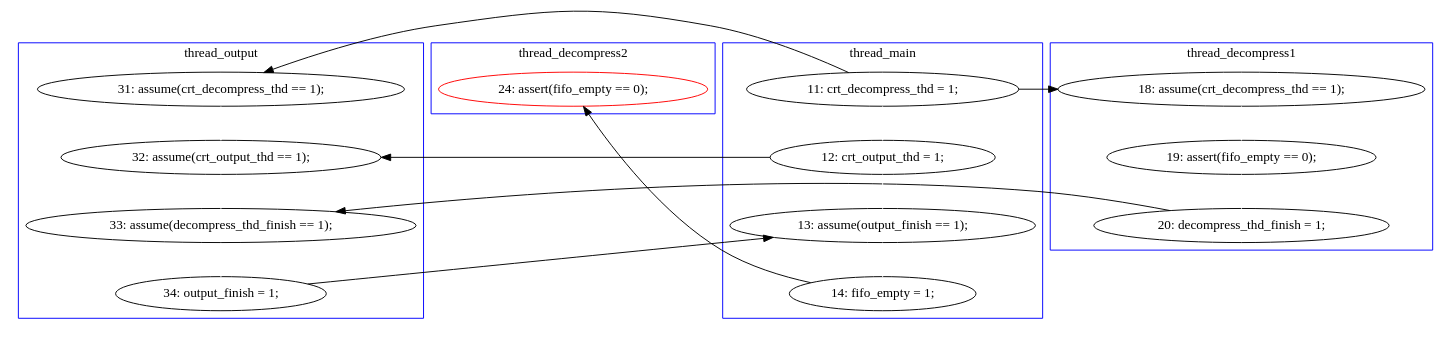
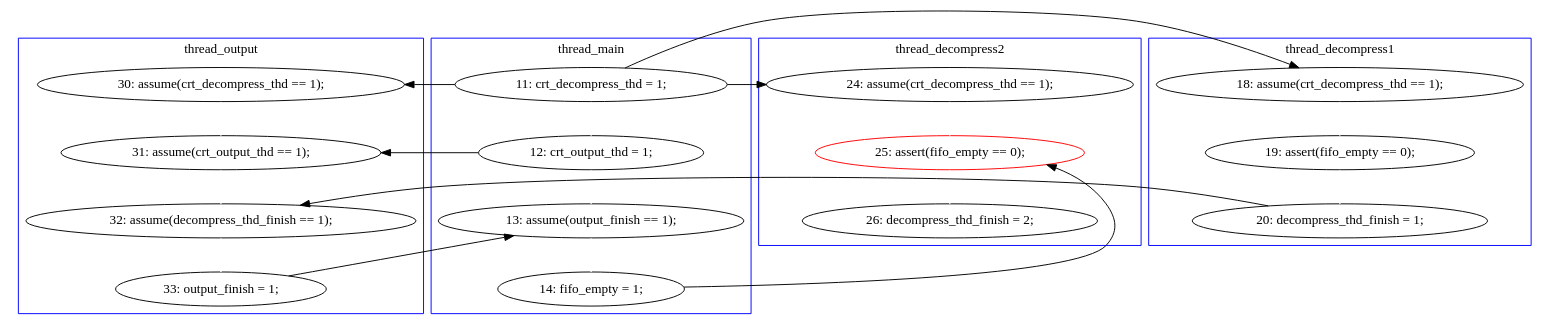
The diagram in pbzip2.mixed/B-1-graph-gen.dot (hylhp/cav14-model), drawn with Graphviz before and after one commit. The commit also changed 23 other files, not shown here.

```diff
--- a/pbzip2.mixed/B-1-graph-gen.dot
+++ b/pbzip2.mixed/B-1-graph-gen.dot
@@ -1,44 +1,49 @@
 digraph Counterexample {
-	12 -> 14 [color = white, style = solid]
-	20 -> 23 [color = black, style = solid, constraint = false]
-	25 -> 32 [color = black, style = solid, constraint = false]
+	25 -> 28 [color = white, style = solid]
+	20 -> 21 [color = black, style = solid, constraint = false]
+	11 -> 17 [color = white, style = solid]
+	12 -> 17 [color = black, style = solid, constraint = false]
+	17 -> 19 [color = white, style = solid]
 	19 -> 20 [color = white, style = solid]
-	16 -> 17 [color = white, style = solid]
-	15 -> 16 [color = white, style = solid]
+	9 -> 11 [color = black, style = solid, constraint = false]
+	16 -> 18 [color = white, style = solid]
+	14 -> 16 [color = white, style = solid]
+	9 -> 12 [color = white, style = solid]
+	21 -> 22 [color = white, style = solid]
+	9 -> 14 [color = black, style = solid, constraint = false]
 	23 -> 25 [color = white, style = solid]
-	17 -> 19 [color = black, style = solid, constraint = false]
-	10 -> 23 [color = white, style = solid]
-	9 -> 10 [color = white, style = solid]
-	14 -> 19 [color = white, style = solid]
-	9 -> 12 [color = black, style = solid, constraint = false]
-	10 -> 14 [color = black, style = solid, constraint = false]
-	9 -> 15 [color = black, style = solid, constraint = false]
+	9 -> 23 [color = black, style = solid, constraint = false]
+	12 -> 21 [color = white, style = solid]
+	22 -> 25 [color = black, style = solid, constraint = false]
+	18 -> 19 [color = black, style = solid, constraint = false]
+	subgraph cluster2 {
+		label = thread_decompress1
+		color = blue
+		18  [label = "20: decompress_thd_finish = 1;"]
+		14  [label = "18: assume(crt_decompress_thd == 1);"]
+		16  [label = "19: assert(fifo_empty == 0);"]
+	}
 	subgraph cluster3 {
 		label = thread_decompress2
 		color = blue
-		32  [label = "24: assert(fifo_empty == 0);", color = red]
+		23  [label = "24: assume(crt_decompress_thd == 1);"]
+		25  [label = "25: assert(fifo_empty == 0);", color = red]
+		28  [label = "26: decompress_thd_finish = 2;"]
+	}
+	subgraph cluster4 {
+		label = thread_output
+		color = blue
+		19  [label = "32: assume(decompress_thd_finish == 1);"]
+		17  [label = "31: assume(crt_output_thd == 1);"]
+		11  [label = "30: assume(crt_decompress_thd == 1);"]
+		20  [label = "33: output_finish = 1;"]
 	}
 	subgraph cluster1 {
 		label = thread_main
 		color = blue
-		23  [label = "13: assume(output_finish == 1);"]
+		21  [label = "13: assume(output_finish == 1);"]
+		22  [label = "14: fifo_empty = 1;"]
 		9  [label = "11: crt_decompress_thd = 1;"]
-		10  [label = "12: crt_output_thd = 1;"]
-		25  [label = "14: fifo_empty = 1;"]
-	}
-	subgraph cluster2 {
-		label = thread_decompress1
-		color = blue
-		15  [label = "18: assume(crt_decompress_thd == 1);"]
-		16  [label = "19: assert(fifo_empty == 0);"]
-		17  [label = "20: decompress_thd_finish = 1;"]
-	}
-	subgraph cluster4 {
-		label = thread_output
-		color = blue
-		14  [label = "32: assume(crt_output_thd == 1);"]
-		19  [label = "33: assume(decompress_thd_finish == 1);"]
-		20  [label = "34: output_finish = 1;"]
-		12  [label = "31: assume(crt_decompress_thd == 1);"]
+		12  [label = "12: crt_output_thd = 1;"]
 	}
 }
```
